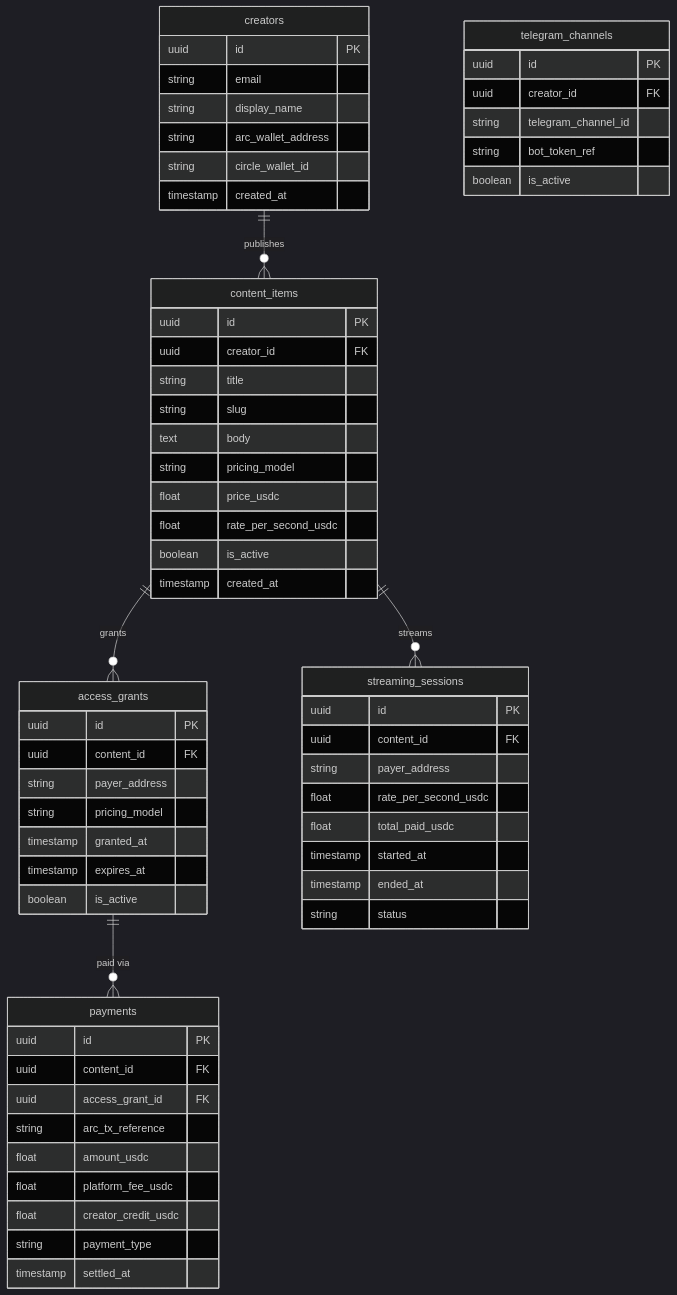
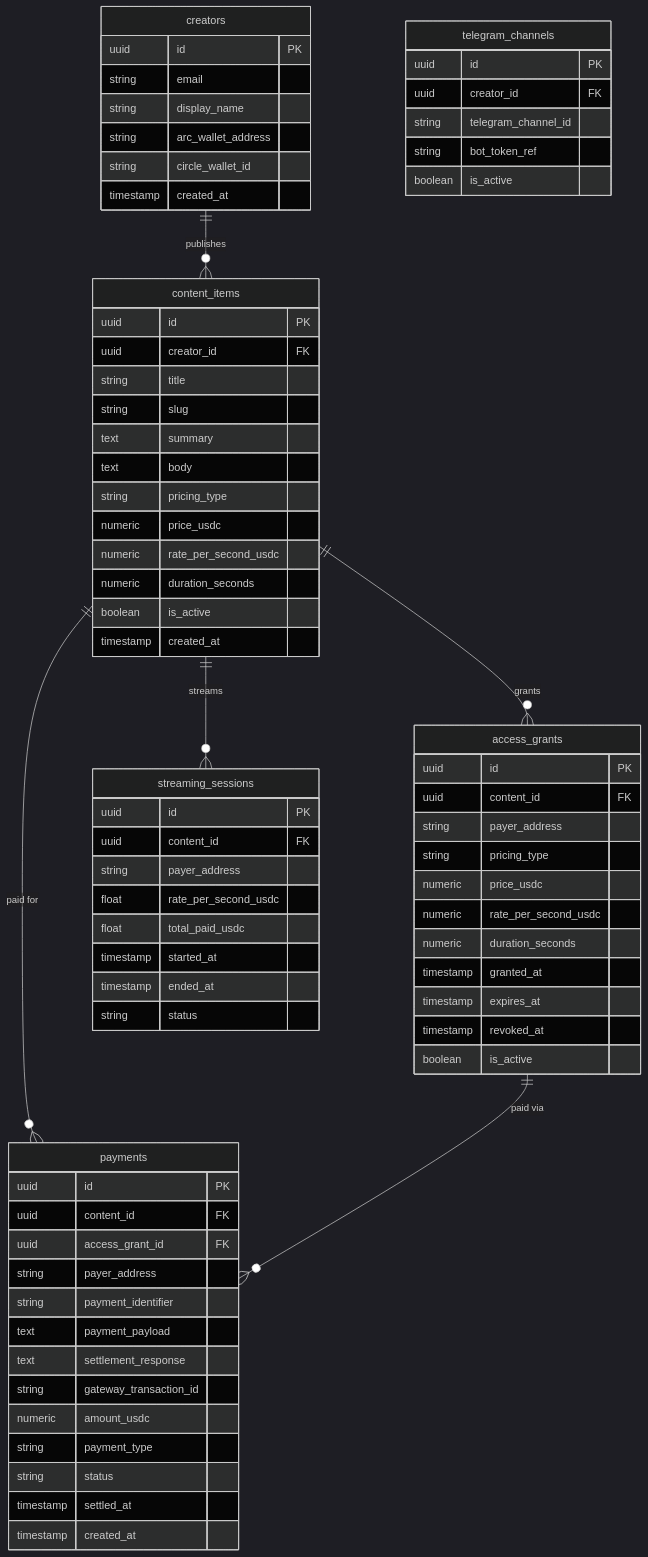
Before and after one commit to thetruesammyjay/Subgate-Nano: the sixth of 6 diagrams in README.md, drawn with Mermaid (dark theme). The commit also changed other lines of this file and 50 other files, not shown here.

Commit message:
feat: add x402 gated content platform foundation

````diff
--- a/README.md
+++ b/README.md
@@ -490,70 +534,81 @@
 ```mermaid
 erDiagram
     creators {
         uuid id PK
         string email
         string display_name
         string arc_wallet_address
         string circle_wallet_id
         timestamp created_at
     }
 
     content_items {
         uuid id PK
         uuid creator_id FK
         string title
         string slug
+        text summary
         text body
-        string pricing_model
-        float price_usdc
-        float rate_per_second_usdc
+        string pricing_type
+        numeric price_usdc
+        numeric rate_per_second_usdc
+        numeric duration_seconds
         boolean is_active
         timestamp created_at
     }
 
     access_grants {
         uuid id PK
         uuid content_id FK
         string payer_address
-        string pricing_model
+        string pricing_type
+        numeric price_usdc
+        numeric rate_per_second_usdc
+        numeric duration_seconds
         timestamp granted_at
         timestamp expires_at
+        timestamp revoked_at
         boolean is_active
     }
 
     payments {
         uuid id PK
         uuid content_id FK
         uuid access_grant_id FK
-        string arc_tx_reference
-        float amount_usdc
-        float platform_fee_usdc
-        float creator_credit_usdc
+        string payer_address
+        string payment_identifier
+        text payment_payload
+        text settlement_response
+        string gateway_transaction_id
+        numeric amount_usdc
         string payment_type
+        string status
         timestamp settled_at
+        timestamp created_at
     }
 
     streaming_sessions {
         uuid id PK
         uuid content_id FK
         string payer_address
         float rate_per_second_usdc
         float total_paid_usdc
         timestamp started_at
         timestamp ended_at
         string status
     }
 
     telegram_channels {
         uuid id PK
         uuid creator_id FK
         string telegram_channel_id
         string bot_token_ref
         boolean is_active
     }
 
     creators ||--o{ content_items : "publishes"
     content_items ||--o{ access_grants : "grants"
+    content_items ||--o{ payments : "paid for"
     content_items ||--o{ streaming_sessions : "streams"
     access_grants ||--o{ payments : "paid via"
 ```
````
